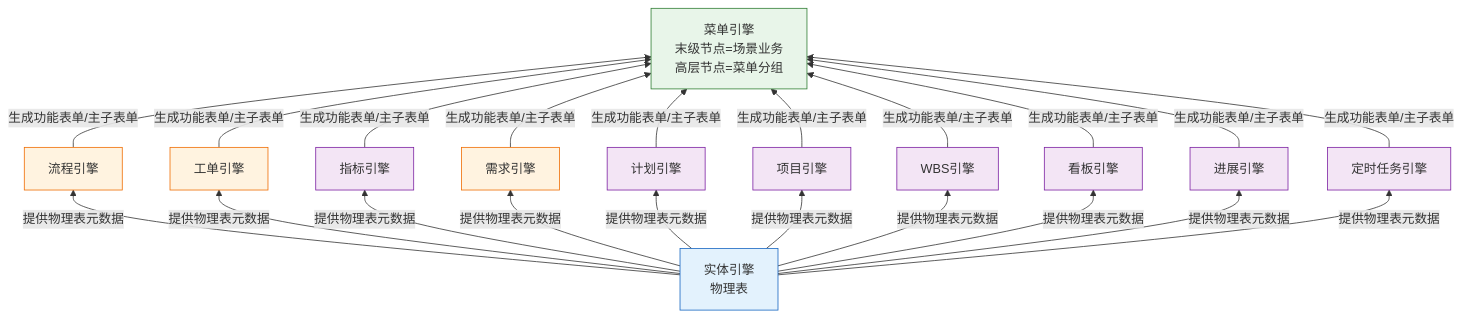
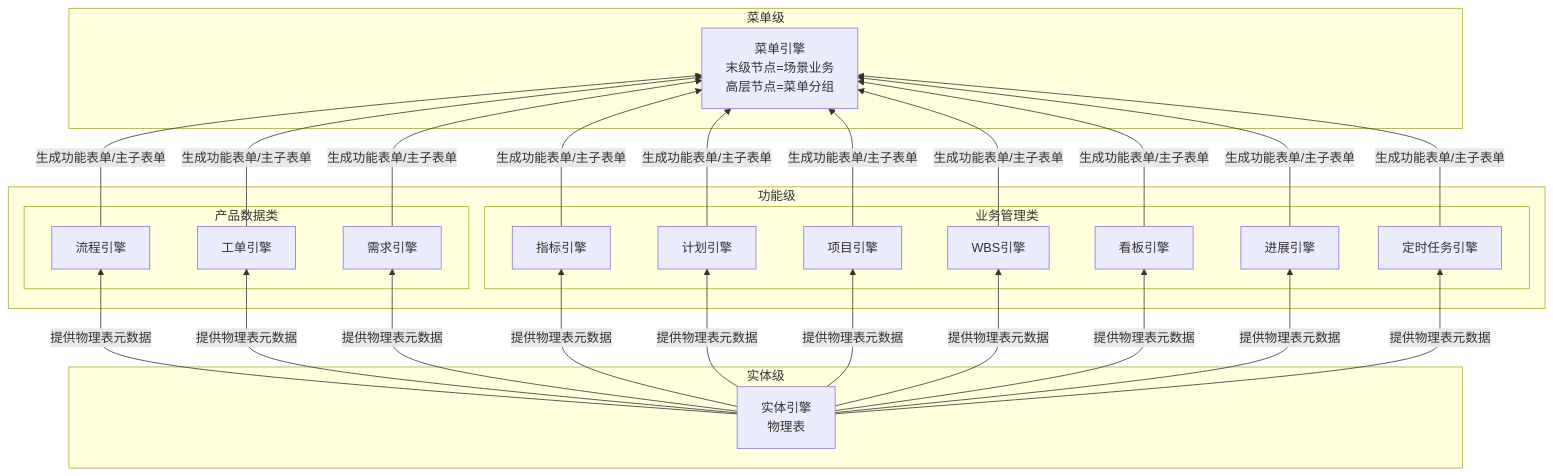
The diagram in 20-pl4eos/10-pl4eos-subpl-sysdev/10-wfsysdev-4-eos/91-eos-biz-eng-spec.md (Yongjunzhou/AOS-system-design), drawn with Mermaid before and after one commit. The commit also changed other lines of this file, not shown here.

Commit message:
fix(91-spec): §2.2 引擎装配图——flowchart→graph BT，恢复原始嵌套子图结构
VS Code Mermaid预览切换视图丢图是插件已知bug，非语法问题。
切换后如丢图，Ctrl+Shift+V重新打开预览即可。下方保留文本版兜底。

````diff
--- a/20-pl4eos/10-pl4eos-subpl-sysdev/10-wfsysdev-4-eos/91-eos-biz-eng-spec.md
+++ b/20-pl4eos/10-pl4eos-subpl-sysdev/10-wfsysdev-4-eos/91-eos-biz-eng-spec.md
@@ -127,50 +127,46 @@
 ```mermaid
-flowchart BT
-  %% 实体级
-  ENTITY[实体引擎<br/>物理表]
-  %% 功能级 · 产品数据类
-  REQ[需求引擎]
-  FLOW[流程引擎]
-  WO[工单引擎]
-  %% 功能级 · 业务管理类
-  PROJ[项目引擎]
-  WBS[WBS引擎]
-  TASK[计划引擎]
-  KANBAN[看板引擎]
-  IND[指标引擎]
-  PROG[进展引擎]
-  SCH[定时任务引擎]
-  %% 菜单级
-  MENU[菜单引擎<br/>末级节点=场景业务<br/>高层节点=菜单分组]
-  %% 实体→功能引擎
-  ENTITY -- 提供物理表元数据 --> FLOW
-  ENTITY -- 提供物理表元数据 --> WO
-  ENTITY -- 提供物理表元数据 --> REQ
-  ENTITY -- 提供物理表元数据 --> IND
-  ENTITY -- 提供物理表元数据 --> TASK
-  ENTITY -- 提供物理表元数据 --> PROJ
-  ENTITY -- 提供物理表元数据 --> WBS
-  ENTITY -- 提供物理表元数据 --> KANBAN
-  ENTITY -- 提供物理表元数据 --> PROG
-  ENTITY -- 提供物理表元数据 --> SCH
-  %% 功能引擎→菜单引擎
-  FLOW -- 生成功能表单/主子表单 --> MENU
-  WO -- 生成功能表单/主子表单 --> MENU
-  IND -- 生成功能表单/主子表单 --> MENU
-  REQ -- 生成功能表单/主子表单 --> MENU
-  TASK -- 生成功能表单/主子表单 --> MENU
-  PROJ -- 生成功能表单/主子表单 --> MENU
-  WBS -- 生成功能表单/主子表单 --> MENU
-  KANBAN -- 生成功能表单/主子表单 --> MENU
-  PROG -- 生成功能表单/主子表单 --> MENU
-  SCH -- 生成功能表单/主子表单 --> MENU
-  %% 颜色分组
-  classDef entity fill:#e3f2fd,stroke:#1565c0
-  classDef product fill:#fff3e0,stroke:#ef6c00
-  classDef mgmt fill:#f3e5f5,stroke:#7b1fa2
-  classDef menu fill:#e8f5e9,stroke:#2e7d32
-  class ENTITY entity
-  class REQ,FLOW,WO product
-  class PROJ,WBS,TASK,KANBAN,IND,PROG,SCH mgmt
-  class MENU menu
+%%{init: {'theme': 'default', 'flowchart': {'useMaxWidth': false, 'htmlLabels': true}}}%%
+graph BT
+  subgraph 实体级
+    ENTITY[实体引擎<br/>物理表]
+  end
+  subgraph 功能级
+    subgraph 产品数据类
+      REQ[需求引擎]
+      FLOW[流程引擎]
+      WO[工单引擎]
+    end
+    subgraph 业务管理类
+      PROJ[项目引擎]
+      WBS[WBS引擎]
+      TASK[计划引擎]
+      KANBAN[看板引擎]
+      IND[指标引擎]
+      PROG[进展引擎]
+      SCH[定时任务引擎]
+    end
+  end
+  subgraph 菜单级
+    MENU[菜单引擎<br/>末级节点=场景业务<br/>高层节点=菜单分组]
+  end
+  ENTITY -->|提供物理表元数据| FLOW
+  ENTITY -->|提供物理表元数据| WO
+  ENTITY -->|提供物理表元数据| REQ
+  ENTITY -->|提供物理表元数据| IND
+  ENTITY -->|提供物理表元数据| TASK
+  ENTITY -->|提供物理表元数据| PROJ
+  ENTITY -->|提供物理表元数据| WBS
+  ENTITY -->|提供物理表元数据| KANBAN
+  ENTITY -->|提供物理表元数据| PROG
+  ENTITY -->|提供物理表元数据| SCH
+  FLOW -->|生成功能表单/主子表单| MENU
+  WO -->|生成功能表单/主子表单| MENU
+  IND -->|生成功能表单/主子表单| MENU
+  REQ -->|生成功能表单/主子表单| MENU
+  TASK -->|生成功能表单/主子表单| MENU
+  PROJ -->|生成功能表单/主子表单| MENU
+  WBS -->|生成功能表单/主子表单| MENU
+  KANBAN -->|生成功能表单/主子表单| MENU
+  PROG -->|生成功能表单/主子表单| MENU
+  SCH -->|生成功能表单/主子表单| MENU
 ```
````
